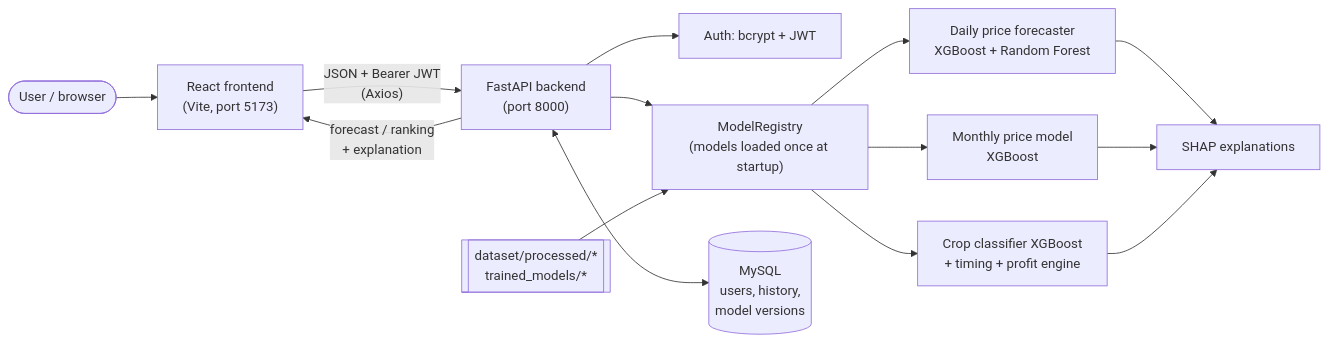
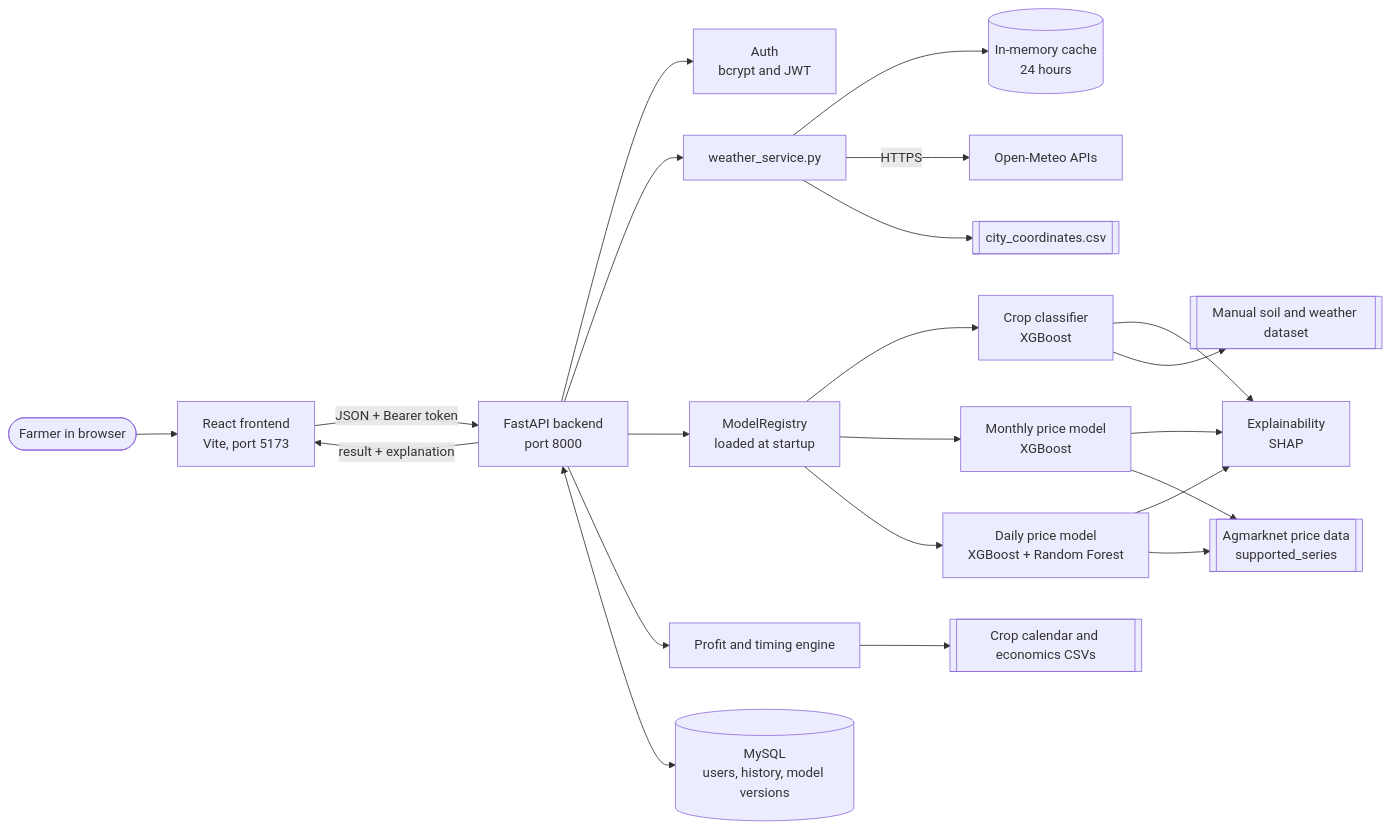
The first of 13 diagrams in SmartCrop-AI/README.md (vaishnavipawar26/Major_Project), drawn with Mermaid before and after one commit. The commit also changed other lines of this file and 69 other files, not shown here.

````diff
--- a/SmartCrop-AI/README.md
+++ b/SmartCrop-AI/README.md
@@ -115,14 +400,24 @@
 ```mermaid
 flowchart LR
-    U([User / browser]) --> FE["React frontend<br/>(Vite, port 5173)"]
-    FE -- "JSON + Bearer JWT<br/>(Axios)" --> API["FastAPI backend<br/>(port 8000)"]
-    API --> AUTH["Auth: bcrypt + JWT"]
-    API --> REG["ModelRegistry<br/>(models loaded once at startup)"]
-    REG --> PF["Daily price forecaster<br/>XGBoost + Random Forest"]
-    REG --> MF["Monthly price model<br/>XGBoost"]
-    REG --> CR["Crop classifier XGBoost<br/>+ timing + profit engine"]
-    PF & MF & CR --> SHAP["SHAP explanations"]
-    API <--> DB[("MySQL<br/>users, history,<br/>model versions")]
-    DATA[["dataset/processed/*<br/>trained_models/*"]] --> REG
-    API -- "forecast / ranking<br/>+ explanation" --> FE
+    U(["Farmer in browser"]) --> FE["React frontend<br/>Vite, port 5173"]
+    FE -->|"JSON + Bearer token"| API["FastAPI backend<br/>port 8000"]
+    API --> AUTH["Auth<br/>bcrypt and JWT"]
+    API --> WX["weather_service.py"]
+    WX --> CACHE[("In-memory cache<br/>24 hours")]
+    WX -->|"HTTPS"| OM["Open-Meteo APIs"]
+    WX --> COORD[["city_coordinates.csv"]]
+    API --> REG["ModelRegistry<br/>loaded at startup"]
+    REG --> CLS["Crop classifier<br/>XGBoost"]
+    REG --> MON["Monthly price model<br/>XGBoost"]
+    REG --> DAY["Daily price model<br/>XGBoost + Random Forest"]
+    CLS --> EXP["Explainability<br/>SHAP"]
+    MON --> EXP
+    DAY --> EXP
+    API --> PROFIT["Profit and timing engine"]
+    PROFIT --> TAB[["Crop calendar and economics CSVs"]]
+    MON --> AG[["Agmarknet price data<br/>supported_series"]]
+    DAY --> AG
+    CLS --> MAN[["Manual soil and weather dataset"]]
+    API <--> DB[("MySQL<br/>users, history, model versions")]
+    API -->|"result + explanation"| FE
 ```
````
